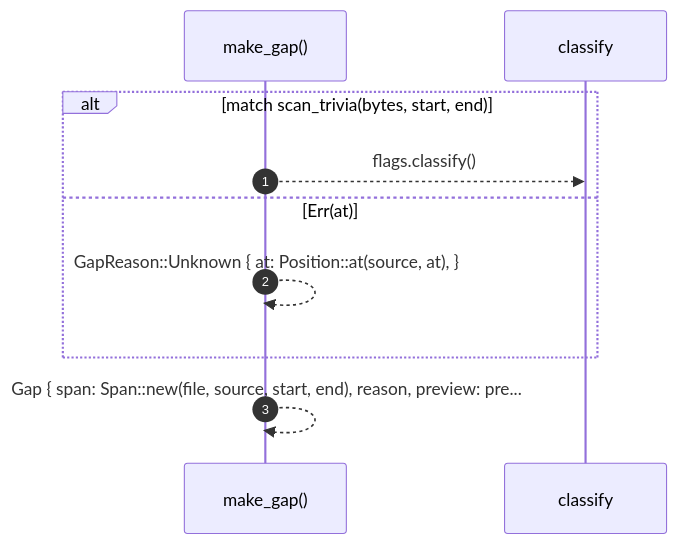
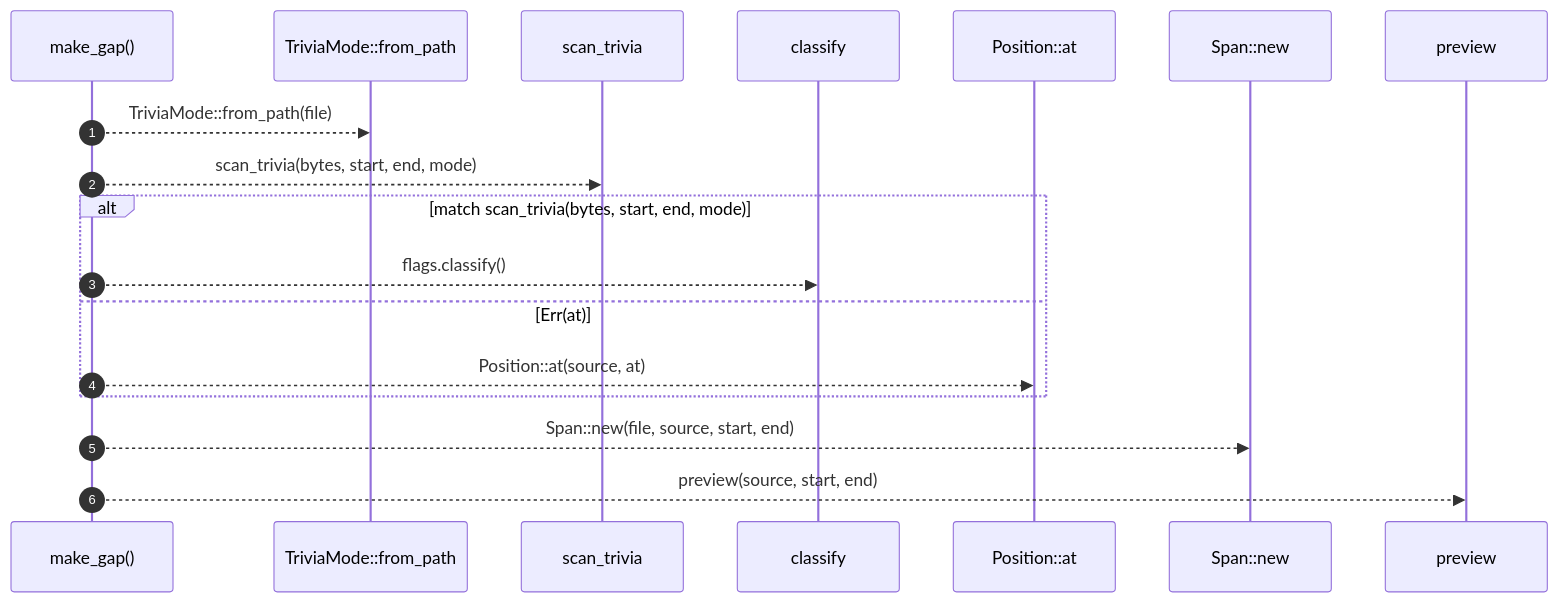
Before and after one commit to RyanGuild/self-describing-code: the diagram in docs/self-model/robby_ir/coverage/make-gap.md, drawn with Mermaid. The commit also changed other lines of this file and 1404 other files, not shown here.

````diff
--- a/docs/self-model/robby_ir/coverage/make-gap.md
+++ b/docs/self-model/robby_ir/coverage/make-gap.md
@@ -28,12 +29,20 @@
 ```mermaid
 sequenceDiagram
     autonumber
     participant make_gap as make_gap()
+    participant TriviaMode__from_path as TriviaMode::from_path
+    participant scan_trivia as scan_trivia
     participant classify as classify
-    alt match scan_trivia(bytes, start, end)
+    participant Position__at as Position::at
+    participant Span__new as Span::new
+    participant preview as preview
+    make_gap-->>TriviaMode__from_path: TriviaMode::from_path(file)
+    make_gap-->>scan_trivia: scan_trivia(bytes, start, end, mode)
+    alt match scan_trivia(bytes, start, end, mode)
     make_gap-->>classify: flags.classify()
     else Err(at)
-    make_gap-->>make_gap: GapReason::Unknown { at: Position::at(source, at), }
+    make_gap-->>Position__at: Position::at(source, at)
     end
-    make_gap-->>make_gap: Gap { span: Span::new(file, source, start, end), reason, preview: pre...
+    make_gap-->>Span__new: Span::new(file, source, start, end)
+    make_gap-->>preview: preview(source, start, end)
 ```
````
